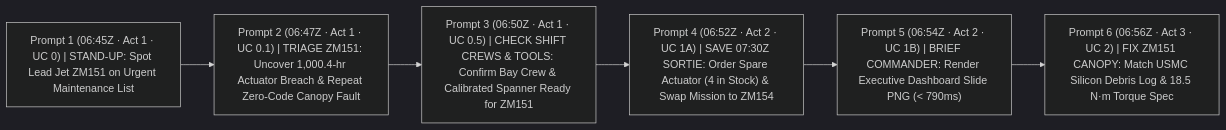
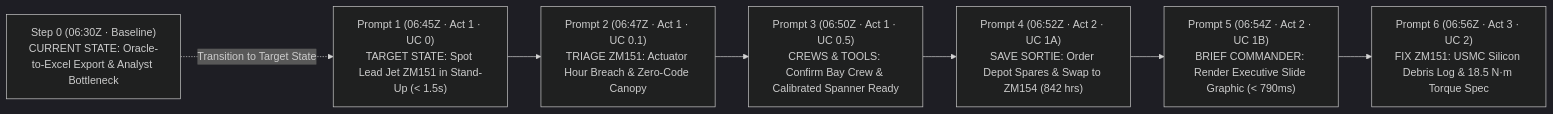
Before and after one commit to edwardsda-prog/f35: the first of 4 diagrams in DEMO_STORYBOARD.md, drawn with Mermaid (dark theme). The commit also changed other lines of this file and 49 other files, not shown here.

````diff
--- a/DEMO_STORYBOARD.md
+++ b/DEMO_STORYBOARD.md
@@ -29,8 +105,9 @@
 ```mermaid
 flowchart LR
-    P1["Prompt 1 (06:45Z · Act 1 · UC 0) | STAND-UP: Spot Lead Jet ZM151 on Urgent Maintenance List"] --> P2["Prompt 2 (06:47Z · Act 1 · UC 0.1) | TRIAGE ZM151: Uncover 1,000.4-hr Actuator Breach & Repeat Zero-Code Canopy Fault"]
-    P2 --> P3["Prompt 3 (06:50Z · Act 1 · UC 0.5) | CHECK SHIFT CREWS & TOOLS: Confirm Bay Crew & Calibrated Spanner Ready for ZM151"]
-    P3 --> P4["Prompt 4 (06:52Z · Act 2 · UC 1A) | SAVE 07:30Z SORTIE: Order Spare Actuator (4 in Stock) & Swap Mission to ZM154"]
-    P4 --> P5["Prompt 5 (06:54Z · Act 2 · UC 1B) | BRIEF COMMANDER: Render Executive Dashboard Slide PNG (< 790ms)"]
-    P5 --> P6["Prompt 6 (06:56Z · Act 3 · UC 2) | FIX ZM151 CANOPY: Match USMC Silicon Debris Log & 18.5 N·m Torque Spec"]
+    S0["Step 0 (06:30Z · Baseline)<br/>CURRENT STATE: Oracle-to-Excel Export & Analyst Bottleneck"] -.->|Transition to Target State| P1["Prompt 1 (06:45Z · Act 1 · UC 0)<br/>TARGET STATE: Spot Lead Jet ZM151 in Stand-Up (< 1.5s)"]
+    P1 --> P2["Prompt 2 (06:47Z · Act 1 · UC 0.1)<br/>TRIAGE ZM151: Actuator Hour Breach & Zero-Code Canopy"]
+    P2 --> P3["Prompt 3 (06:50Z · Act 1 · UC 0.5)<br/>CREWS & TOOLS: Confirm Bay Crew & Calibrated Spanner Ready"]
+    P3 --> P4["Prompt 4 (06:52Z · Act 2 · UC 1A)<br/>SAVE SORTIE: Order Depot Spares & Swap to ZM154 (842 hrs)"]
+    P4 --> P5["Prompt 5 (06:54Z · Act 2 · UC 1B)<br/>BRIEF COMMANDER: Render Executive Slide Graphic (< 790ms)"]
+    P5 --> P6["Prompt 6 (06:56Z · Act 3 · UC 2)<br/>FIX ZM151: USMC Silicon Debris Log & 18.5 N·m Torque Spec"]
 ```
````
